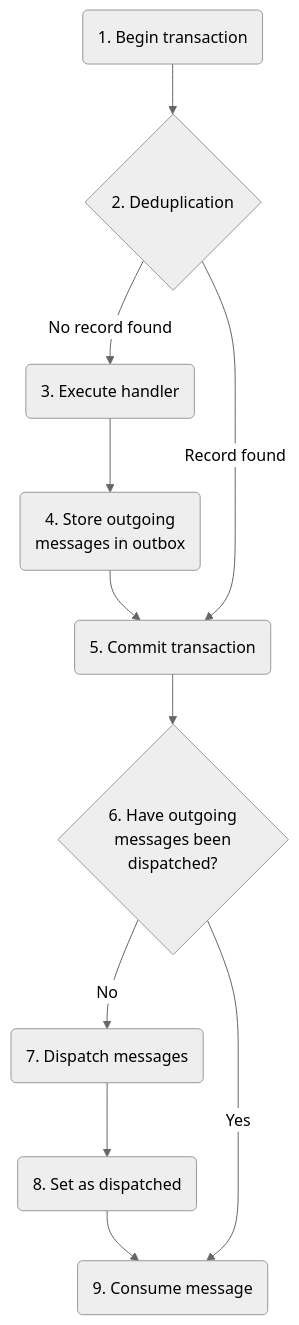
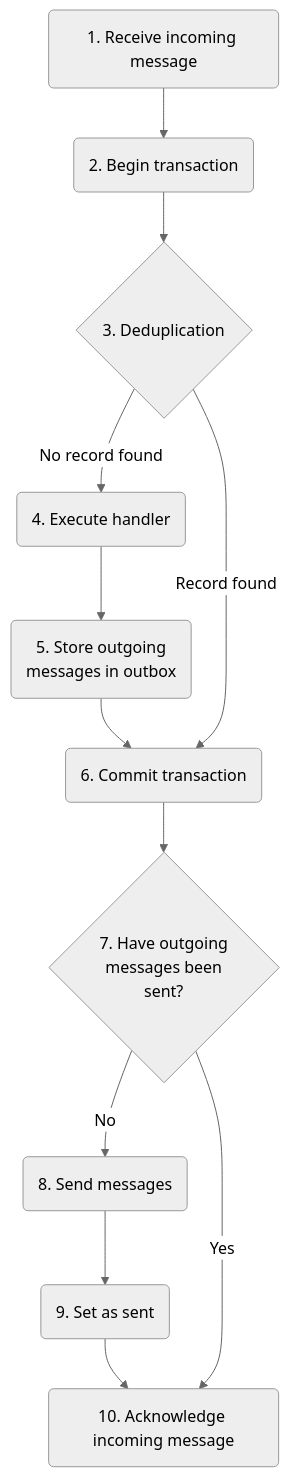
The diagram in nservicebus/outbox/index.md (Particular/docs.particular.net), drawn with Mermaid (neutral theme) before and after one commit. The commit also changed other lines of this file, not shown here.

First line of the commit message:
Outbox editorial review (#5126)

````diff
--- a/nservicebus/outbox/index.md
+++ b/nservicebus/outbox/index.md
@@ -46,24 +46,26 @@
 ```mermaid
 graph TD
-  createTx(1. Begin transaction)
-  dedupe{2. Deduplication}
-  handler(3. Execute handler)
-  storeOutbox(4. Store outgoing<br/>messages in outbox)
-  commitTx(5. Commit transaction)
-  isDispatched{6. Have outgoing<br/>messages been<br/>dispatched?}
-  dispatch(7. Dispatch messages)
-  updateOutbox(8. Set as dispatched)
-  ack(9. Consume message)
+  receiveMessage(1. Receive incoming message)
+  createTx(2. Begin transaction)
+  dedupe{3. Deduplication}
+  handler(4. Execute handler)
+  storeOutbox(5. Store outgoing<br/>messages in outbox)
+  commitTx(6. Commit transaction)
+  areSent{7. Have outgoing<br/>messages been<br/>sent?}
+  send(8. Send messages)
+  updateOutbox(9. Set as sent)
+  ack(10. Acknowledge incoming message)
 
+  receiveMessage-->createTx
   createTx-->dedupe
   dedupe-- No record found -->handler
   handler-->storeOutbox
   storeOutbox-->commitTx
-  commitTx-->isDispatched
-  dispatch-->updateOutbox
+  commitTx-->areSent
+  send-->updateOutbox
   updateOutbox-->ack
 
   dedupe-- Record found -->commitTx
-  isDispatched-- No -->dispatch
-  isDispatched-- Yes -->ack
+  areSent-- No -->send
+  areSent-- Yes -->ack
 ```
````
